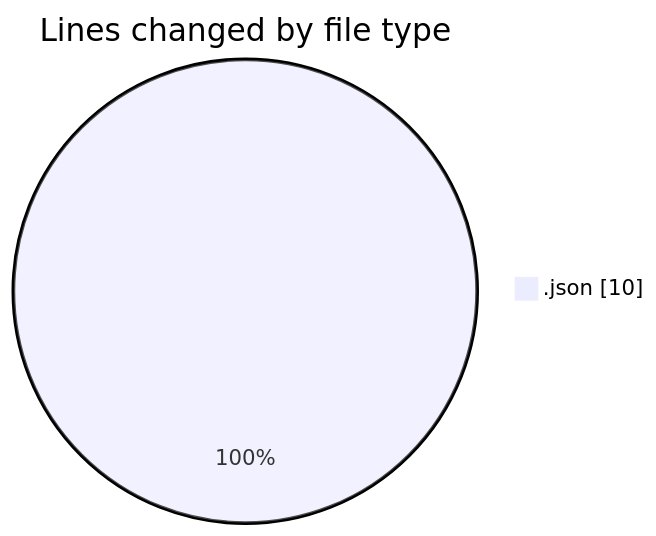
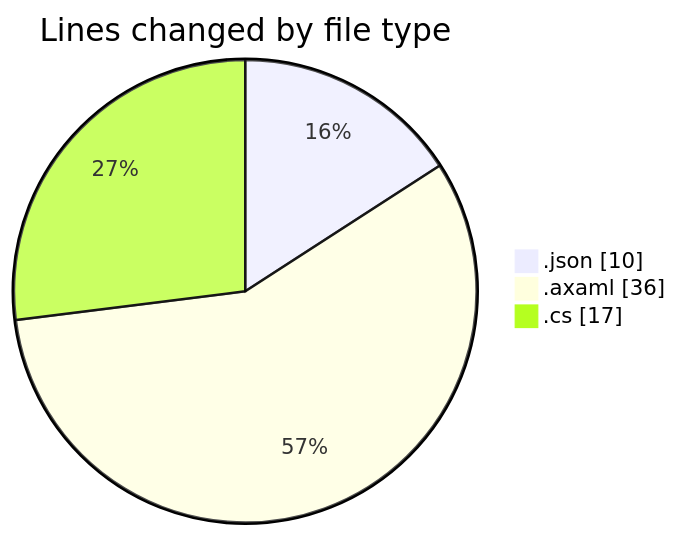
Before and after one commit to Netris89/code-tracking: the first of 2 diagrams in 2025-10-15/skintrack/README.md, drawn with Mermaid. The commit also changed other lines of this file and 1 other file, not shown here.

````diff
--- a/2025-10-15/skintrack/README.md
+++ b/2025-10-15/skintrack/README.md
@@ -20,5 +22,7 @@
 ```mermaid
 pie showData
 title Lines changed by file type
 ".json" : 10
+".axaml" : 36
+".cs" : 17
 ```
````
